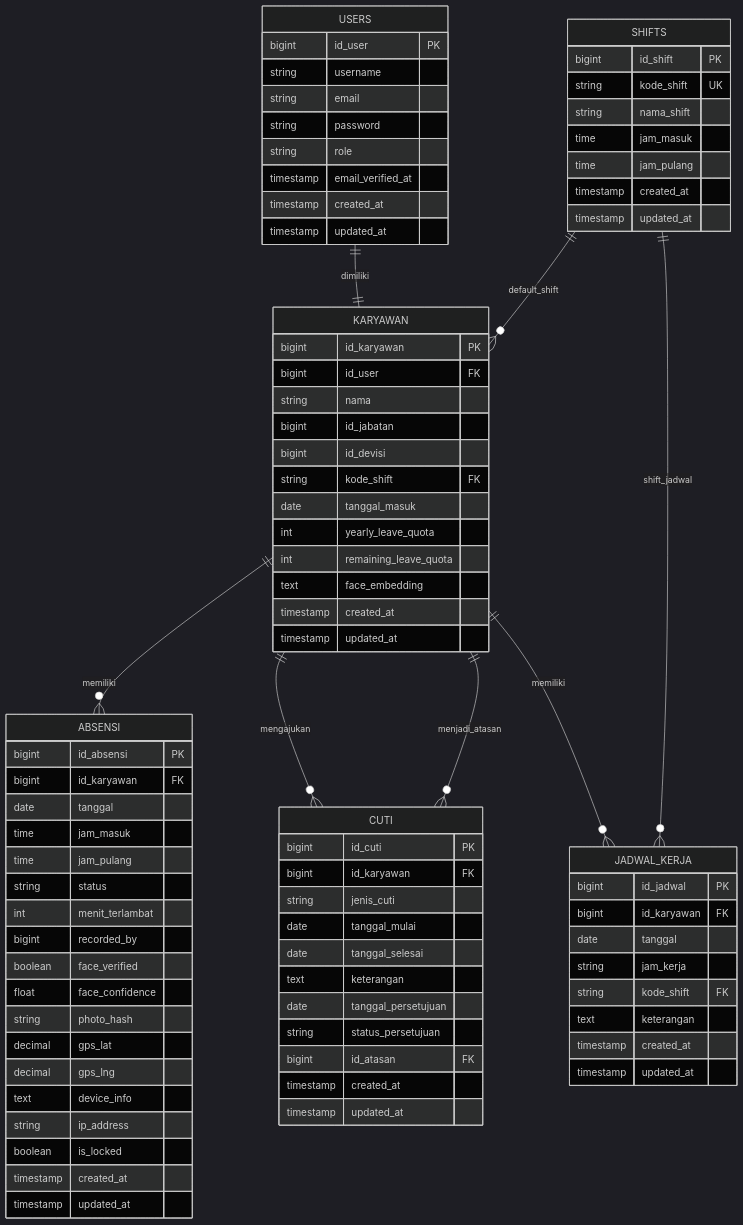
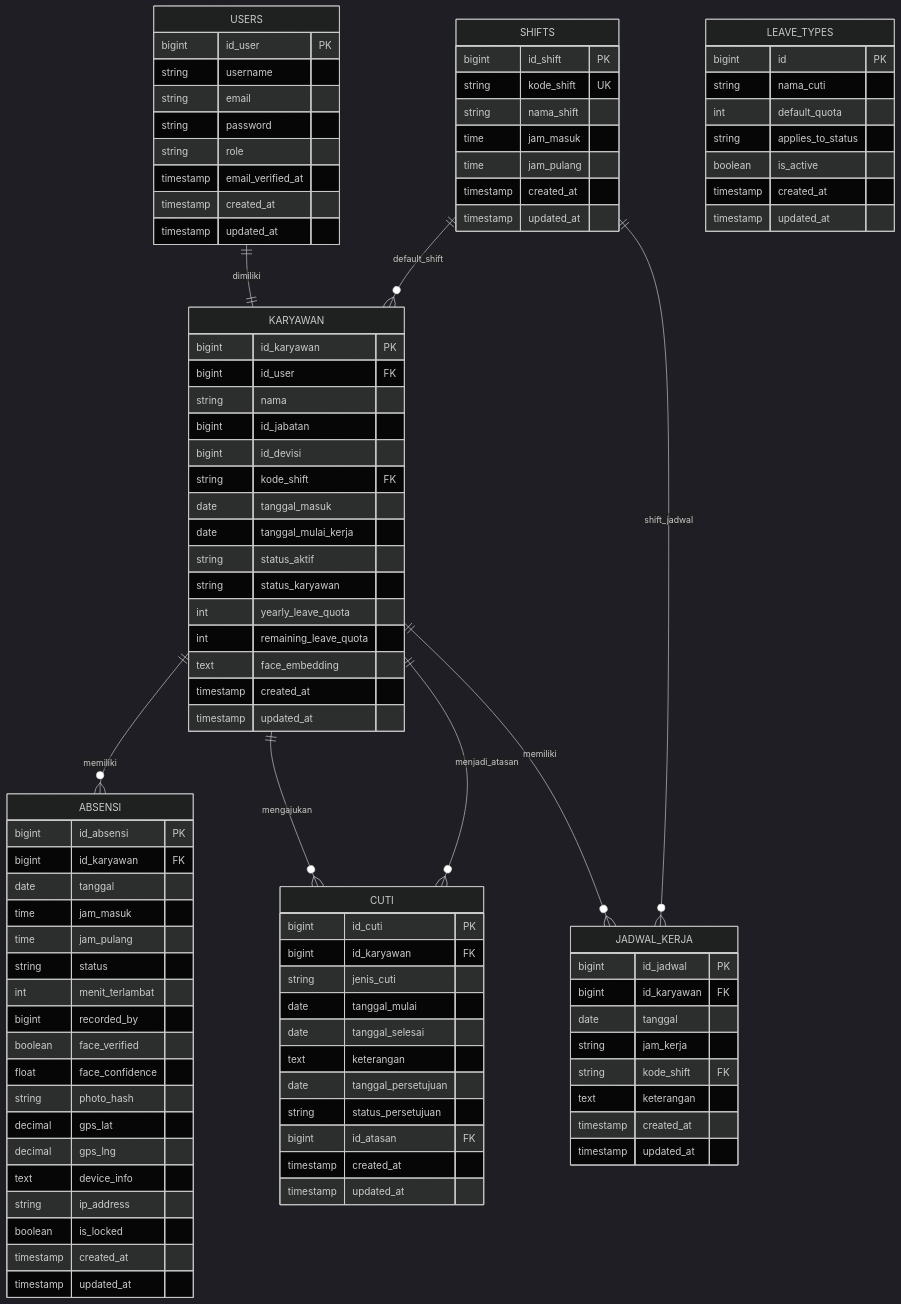
The diagram in docs/erd-current.md (ForgeByte-id/hris-laravel-py), drawn with Mermaid (dark theme) before and after one commit. The commit also changed 10 other files, not shown here.

````diff
--- a/docs/erd-current.md
+++ b/docs/erd-current.md
@@ -33,6 +33,9 @@
         bigint id_devisi
         string kode_shift FK
         date tanggal_masuk
+        date tanggal_mulai_kerja
+        string status_aktif
+        string status_karyawan
         int yearly_leave_quota
         int remaining_leave_quota
         text face_embedding
@@ -95,4 +98,14 @@
         timestamp created_at
         timestamp updated_at
     }
+
+    LEAVE_TYPES {
+        bigint id PK
+        string nama_cuti
+        int default_quota
+        string applies_to_status
+        boolean is_active
+        timestamp created_at
+        timestamp updated_at
+    }
 ```
````
